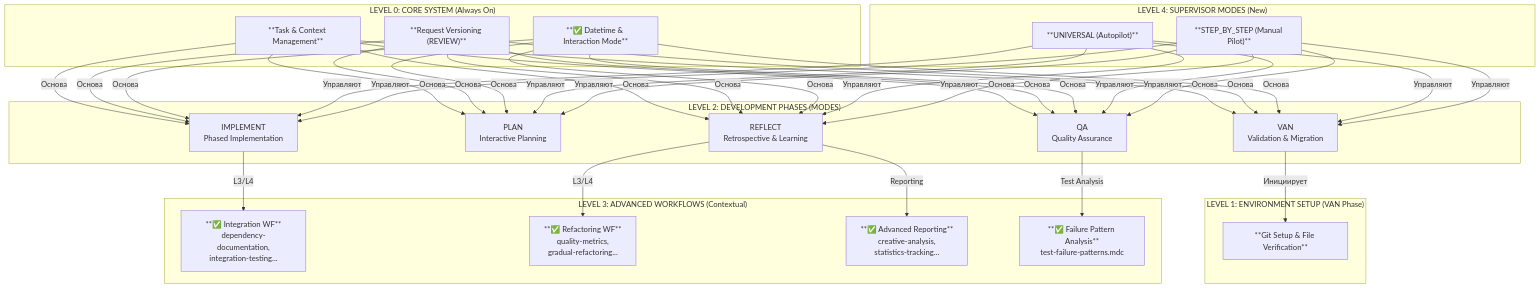
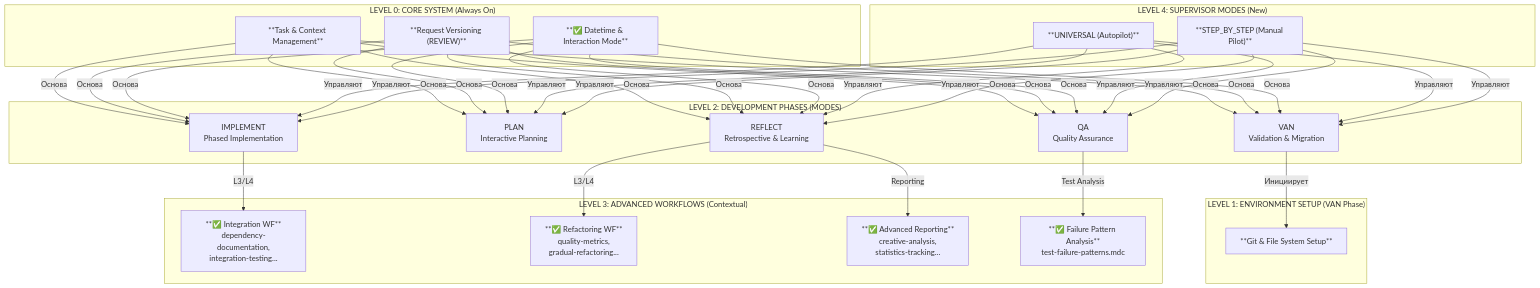
The first of 4 diagrams in docs/architecture.md (vanzan01/cursor-memory-bank), drawn with Mermaid before and after one commit. The commit also changed other lines of this file and 52 other files, not shown here.

Commit message:
Добавлены новые правила для управления активными задачами и генерации сообщений коммитов. Обновлены существующие правила для улучшения логики обработки контекста и управления задачами. Включены инструкции по созданию заметок для релиза и улучшены диаграммы процесса для режимов ARCHIVE и CREATIVE.

````diff
--- a/docs/architecture.md
+++ b/docs/architecture.md
@@ -23,43 +29,43 @@
 ```mermaid
 graph TD
     subgraph "LEVEL 0: CORE SYSTEM (Always On)"
         A1["**Task & Context Management**"]
         A2["**Request Versioning (REVIEW)**"]
         A3["**✅ Datetime & Interaction Mode**"]
     end
 
     subgraph "LEVEL 1: ENVIRONMENT SETUP (VAN Phase)"
-        B1["**Git Setup & File Verification**"]
+        B1["**Git & File System Setup**"]
     end
 
     subgraph "LEVEL 2: DEVELOPMENT PHASES (MODES)"
         C1["VAN<br>Validation & Migration"]
         C2["PLAN<br>Interactive Planning"]
         C3["IMPLEMENT<br>Phased Implementation"]
         C4["QA<br>Quality Assurance"]
         C5["REFLECT<br>Retrospective & Learning"]
     end
 
     subgraph "LEVEL 3: ADVANCED WORKFLOWS (Contextual)"
         D1["**✅ Integration WF**<br>dependency-documentation,<br>integration-testing..."]
         D2["**✅ Refactoring WF**<br>quality-metrics,<br>gradual-refactoring..."]
         D3["**✅ Advanced Reporting**<br>creative-analysis,<br>statistics-tracking..."]
         D4["**✅ Failure Pattern Analysis**<br>test-failure-patterns.mdc"]
     end
 
     subgraph "LEVEL 4: SUPERVISOR MODES (New)"
         E1["**UNIVERSAL (Autopilot)**"]
         E2["**STEP_BY_STEP (Manual Pilot)**"]
     end
 
     %% Connections
     A1 & A2 & A3 -- "Основа" --> C1 & C2 & C3 & C4 & C5
     C1 -- "Инициирует" --> B1
 
     C3 -- "L3/L4" --> D1
     C4 -- "Test Analysis" --> D4
     C5 -- "L3/L4" --> D2
     C5 -- "Reporting" --> D3
 
     E1 & E2 -- "Управляют" --> C1 & C2 & C3 & C4 & C5
 ```
````
